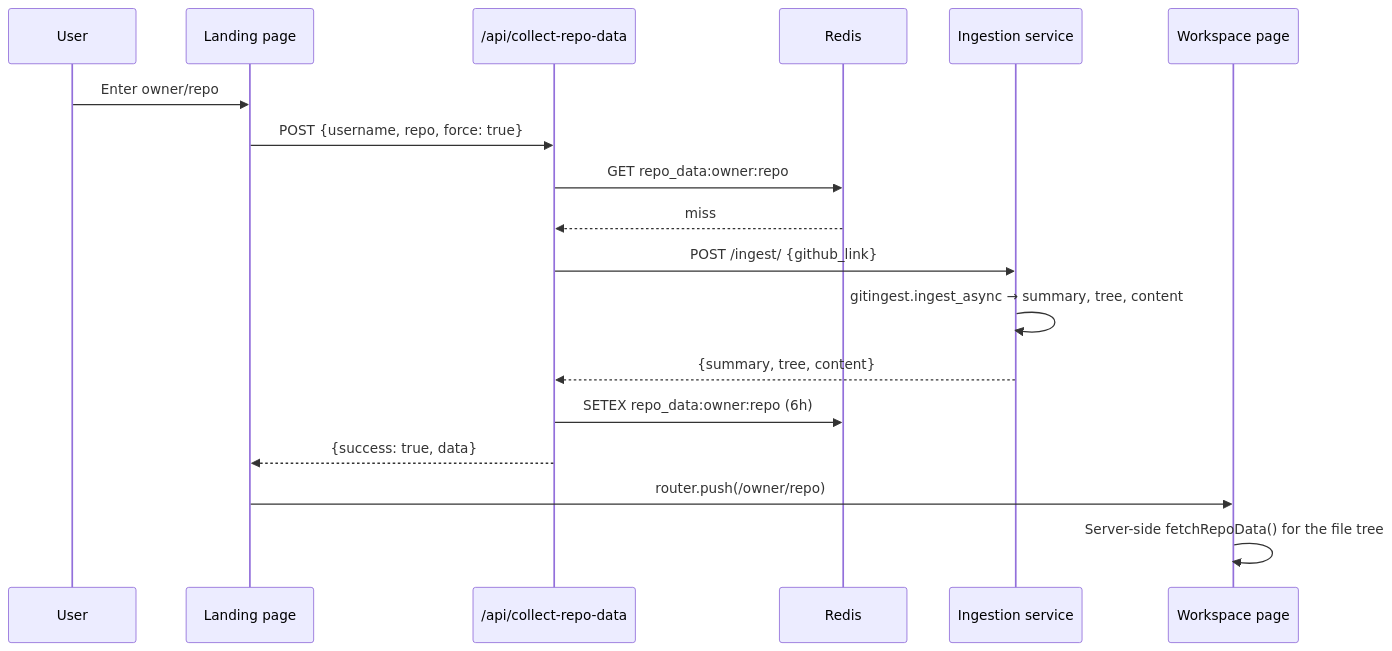
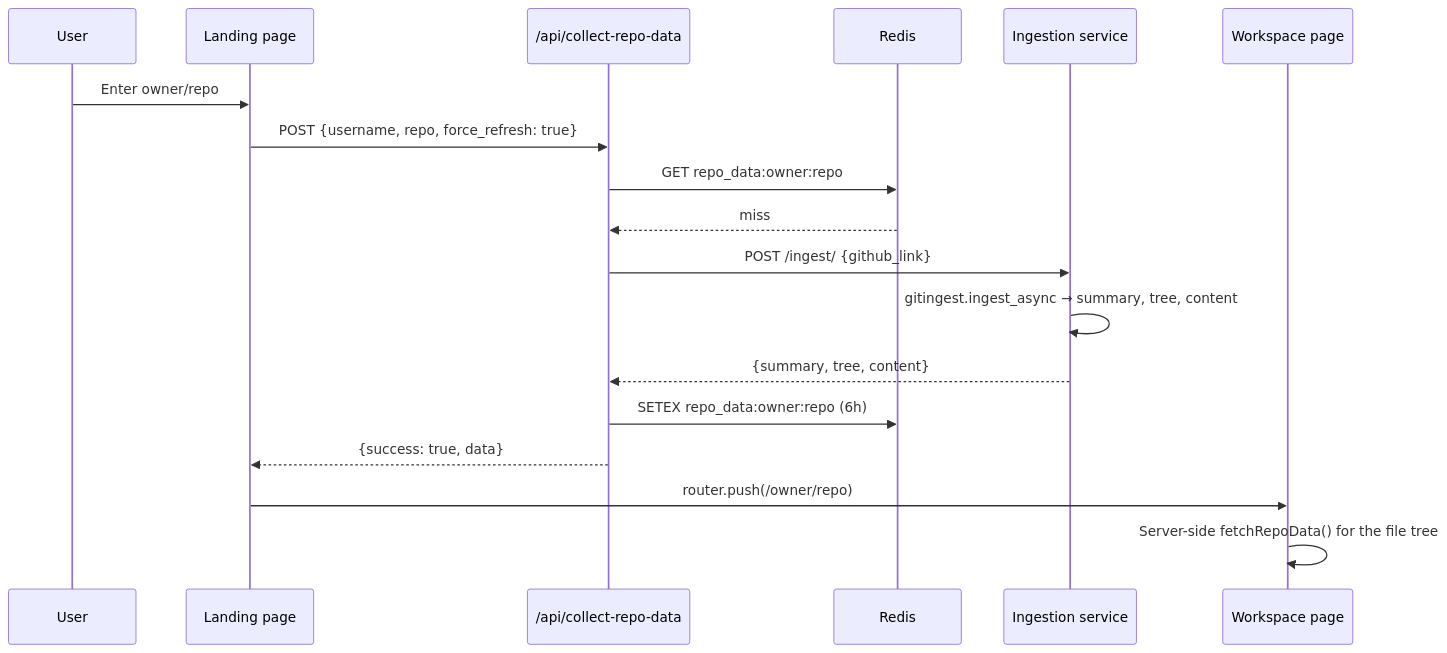
One commit to BharathiSen/codeatlas changed the second of 6 diagrams in docs/ENGINEERING_NOTEBOOK.md. Above: the diagram before and after it, drawn with Mermaid. The commit also changed other lines of this file and 40 other files, not shown here.

````diff
--- a/docs/ENGINEERING_NOTEBOOK.md
+++ b/docs/ENGINEERING_NOTEBOOK.md
@@ -141,21 +141,21 @@
 ```mermaid
 sequenceDiagram
     participant U as User
     participant H as Landing page
     participant CRD as /api/collect-repo-data
     participant RD as Redis
     participant ING as Ingestion service
     participant W as Workspace page
 
     U->>H: Enter owner/repo
-    H->>CRD: POST {username, repo, force: true}
+    H->>CRD: POST {username, repo, force_refresh: true}
     CRD->>RD: GET repo_data:owner:repo
     RD-->>CRD: miss
     CRD->>ING: POST /ingest/ {github_link}
     ING->>ING: gitingest.ingest_async → summary, tree, content
     ING-->>CRD: {summary, tree, content}
     CRD->>RD: SETEX repo_data:owner:repo (6h)
     CRD-->>H: {success: true, data}
     H->>W: router.push(/owner/repo)
     W->>W: Server-side fetchRepoData() for the file tree
 ```
````
